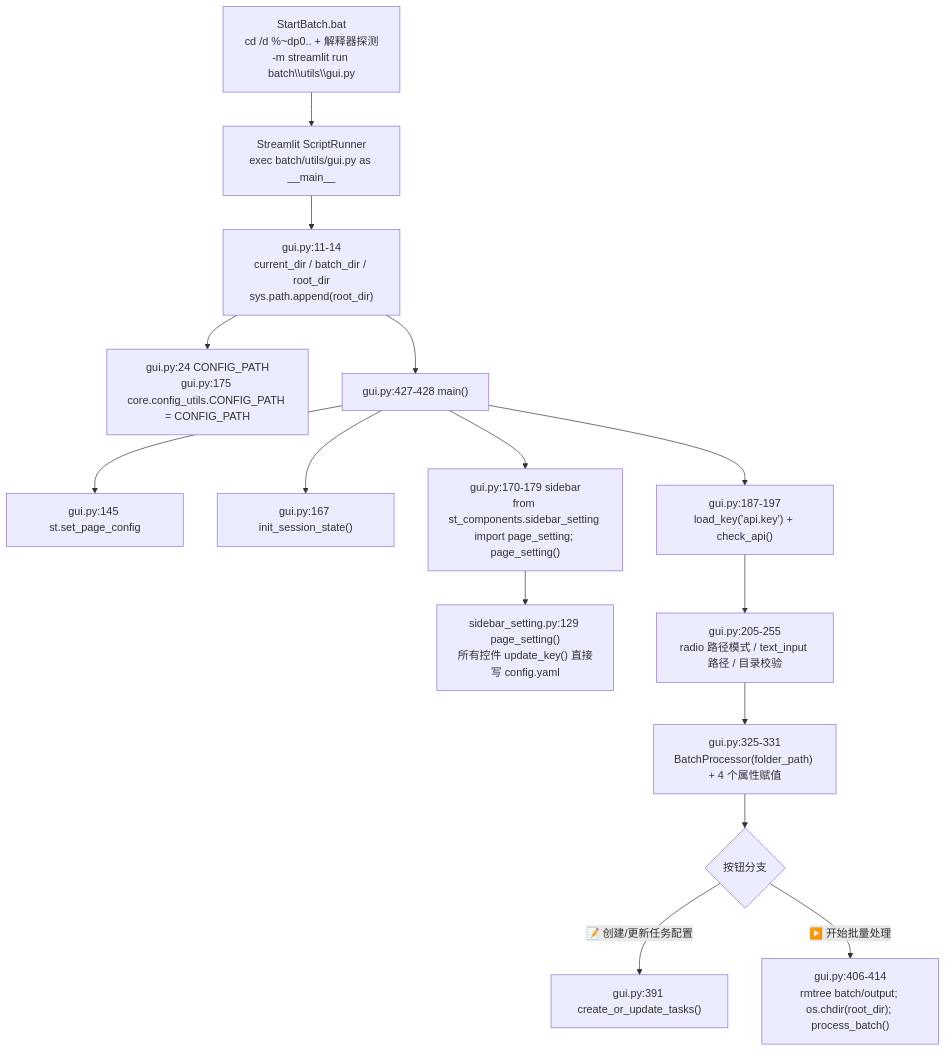
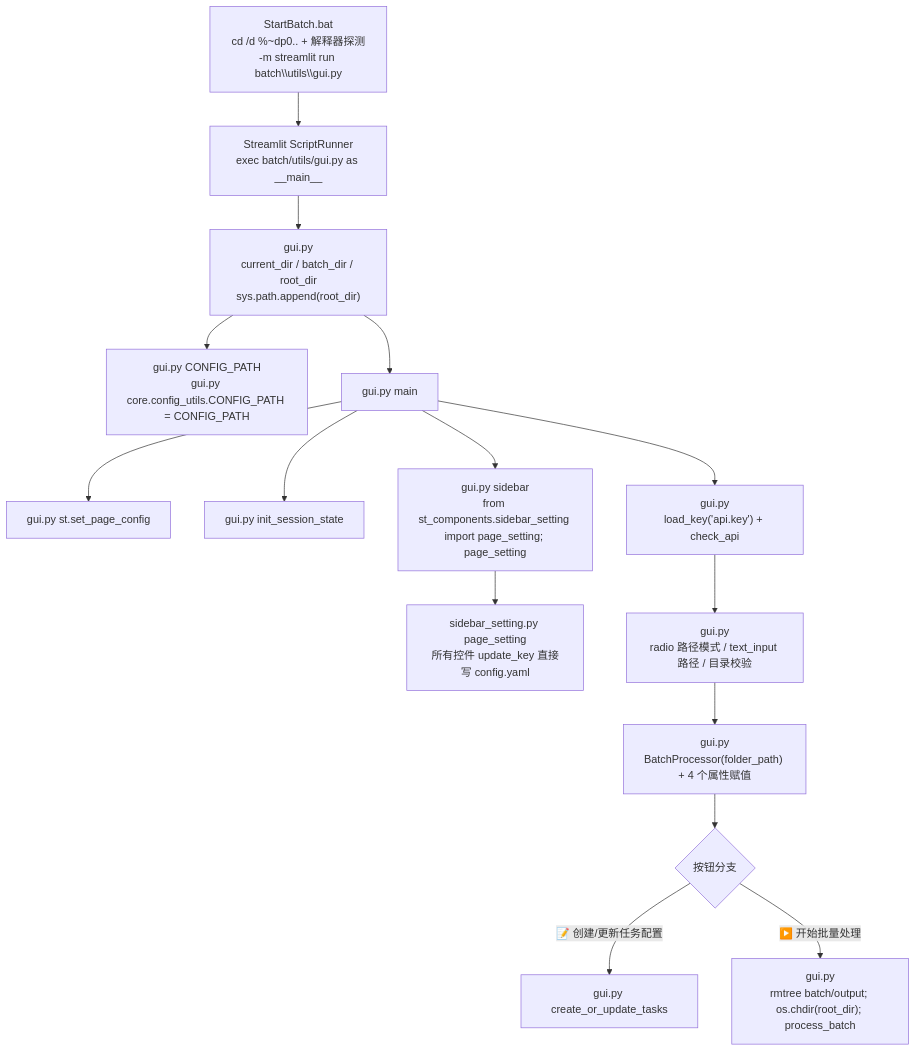
One commit to Brzjomo/VideoLingoMove changed the first of 3 diagrams in devdocs/01-entrypoints/02-批量模式入口.md. Above: the diagram before and after it, drawn with Mermaid. The commit also changed other lines of this file and 33 other files, not shown here.

````diff
--- a/devdocs/01-entrypoints/02-批量模式入口.md
+++ b/devdocs/01-entrypoints/02-批量模式入口.md
@@ -113,17 +113,17 @@
 ```mermaid
 flowchart TD
-    BAT["StartBatch.bat<br/>cd /d %~dp0.. + 解释器探测<br/>-m streamlit run batch\\utils\\gui.py"] --> RUN["Streamlit ScriptRunner<br/>exec batch/utils/gui.py as __main__"]
-    RUN --> P1["gui.py:11-14<br/>current_dir / batch_dir / root_dir<br/>sys.path.append(root_dir)"]
-    P1 --> CFG["gui.py:24 CONFIG_PATH<br/>gui.py:175 core.config_utils.CONFIG_PATH = CONFIG_PATH"]
-    P1 --> M["gui.py:427-428 main()"]
-    M --> S1["gui.py:145 st.set_page_config"]
-    M --> S2["gui.py:167 init_session_state()"]
-    M --> S3["gui.py:170-179 sidebar<br/>from st_components.sidebar_setting import page_setting; page_setting()"]
-    S3 --> S3b["sidebar_setting.py:129 page_setting()<br/>所有控件 update_key() 直接写 config.yaml"]
-    M --> S4["gui.py:187-197<br/>load_key('api.key') + check_api()"]
-    S4 --> S5["gui.py:205-255<br/>radio 路径模式 / text_input 路径 / 目录校验"]
-    S5 --> S6["gui.py:325-331<br/>BatchProcessor(folder_path) + 4 个属性赋值"]
-    S6 --> S7{"按钮分支"}
-    S7 -->|"📝 创建/更新任务配置"| B1["gui.py:391 create_or_update_tasks()"]
-    S7 -->|"▶️ 开始批量处理"| B2["gui.py:406-414<br/>rmtree batch/output; os.chdir(root_dir); process_batch()"]
+ BAT["StartBatch.bat<br/>cd /d %~dp0.. + 解释器探测<br/>-m streamlit run batch\\utils\\gui.py"] --> RUN["Streamlit ScriptRunner<br/>exec batch/utils/gui.py as __main__"]
+ RUN --> P1["gui.py<br/>current_dir / batch_dir / root_dir<br/>sys.path.append(root_dir)"]
+ P1 --> CFG["gui.py CONFIG_PATH<br/>gui.py core.config_utils.CONFIG_PATH = CONFIG_PATH"]
+ P1 --> M["gui.py main"]
+ M --> S1["gui.py st.set_page_config"]
+ M --> S2["gui.py init_session_state"]
+ M --> S3["gui.py sidebar<br/>from st_components.sidebar_setting import page_setting; page_setting"]
+ S3 --> S3b["sidebar_setting.py page_setting<br/>所有控件 update_key 直接写 config.yaml"]
+ M --> S4["gui.py<br/>load_key('api.key') + check_api"]
+ S4 --> S5["gui.py<br/>radio 路径模式 / text_input 路径 / 目录校验"]
+ S5 --> S6["gui.py<br/>BatchProcessor(folder_path) + 4 个属性赋值"]
+ S6 --> S7{"按钮分支"}
+ S7 -->|"📝 创建/更新任务配置"| B1["gui.py create_or_update_tasks"]
+ S7 -->|"▶️ 开始批量处理"| B2["gui.py<br/>rmtree batch/output; os.chdir(root_dir); process_batch"]
 ```
````
